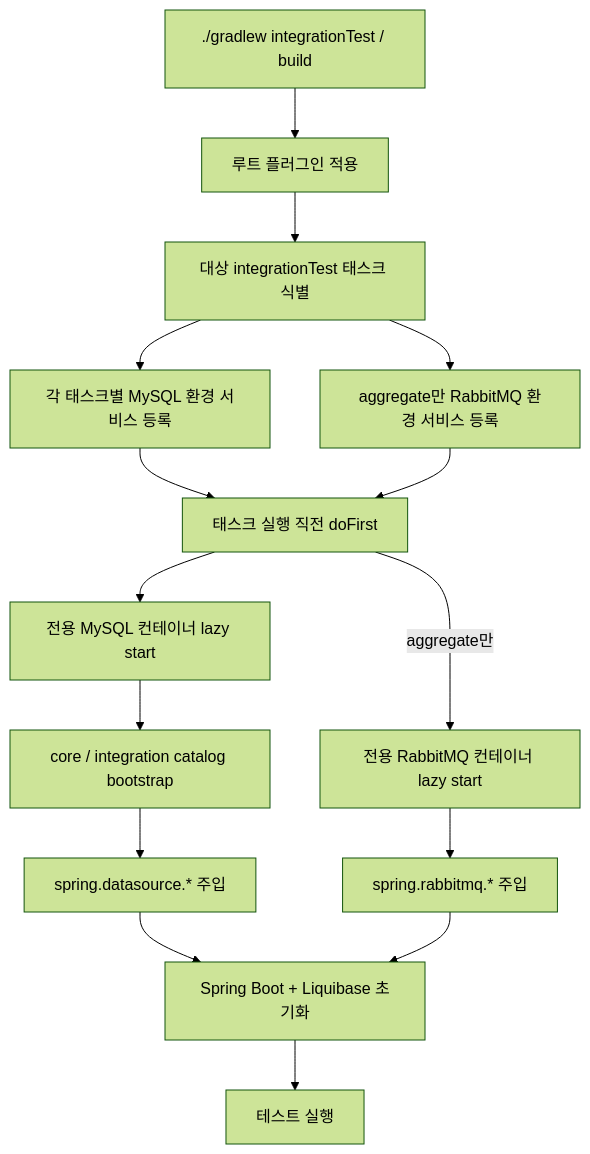
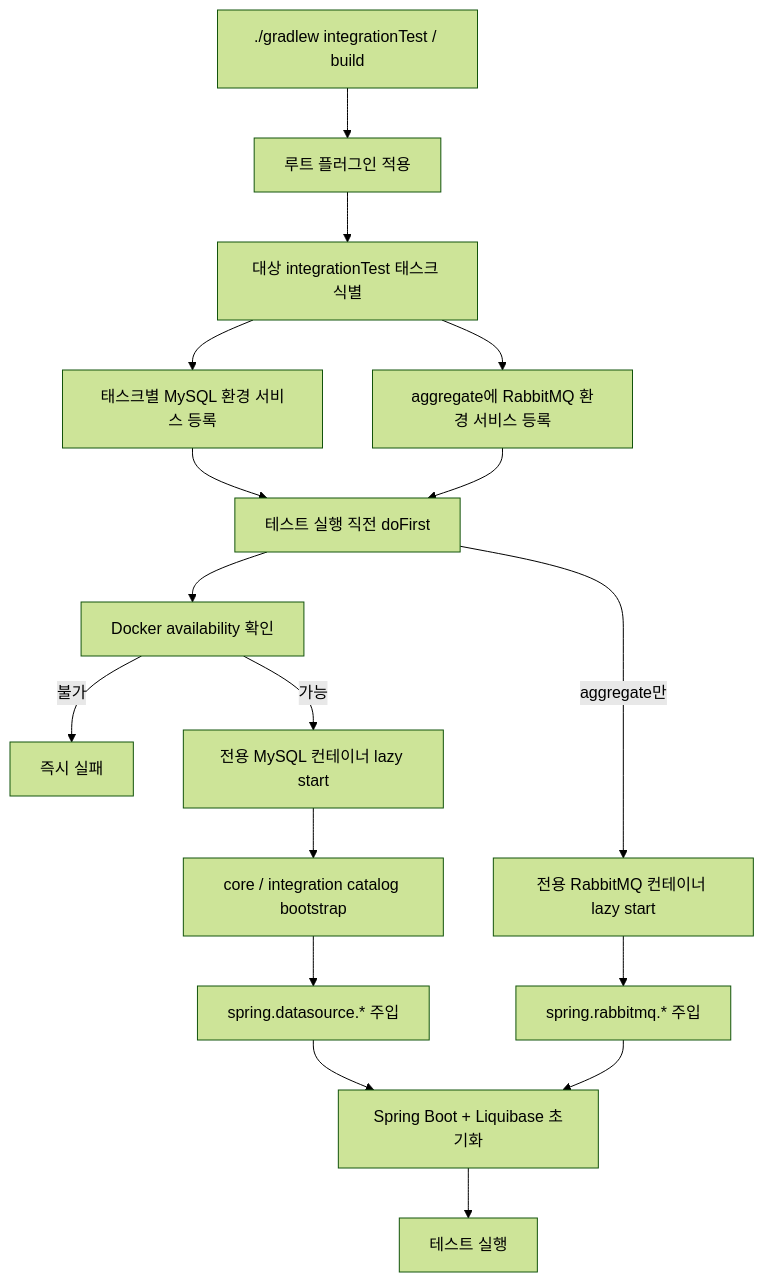
Before and after one commit to YeaChan05/Remittance: the diagram in docs/gradle-build-performance.md, drawn with Mermaid (forest theme). The commit also changed other lines of this file, not shown here.

Commit message:
docs: Gradle 통합 테스트 병렬 실행 전략 업데이트 및 구성 문서 개선

````diff
--- a/docs/gradle-build-performance.md
+++ b/docs/gradle-build-performance.md
@@ -67,17 +68,19 @@
 ```mermaid
 flowchart TD
-    A[./gradlew integrationTest / build] --> B[루트 플러그인 적용]
-    B --> C[대상 integrationTest 태스크 식별]
-    C --> D[각 태스크별 MySQL 환경 서비스 등록]
-    C --> E[aggregate만 RabbitMQ 환경 서비스 등록]
-    D --> F[태스크 실행 직전 doFirst]
+    A["./gradlew integrationTest / build"] --> B["루트 플러그인 적용"]
+    B --> C["대상 integrationTest 태스크 식별"]
+    C --> D["태스크별 MySQL 환경 서비스 등록"]
+    C --> E["aggregate에 RabbitMQ 환경 서비스 등록"]
+    D --> F["테스트 실행 직전 doFirst"]
     E --> F
-    F --> G[전용 MySQL 컨테이너 lazy start]
-    G --> H[core / integration catalog bootstrap]
-    H --> I[spring.datasource.* 주입]
-    F -->|aggregate만| J[전용 RabbitMQ 컨테이너 lazy start]
-    J --> K[spring.rabbitmq.* 주입]
-    I --> L[Spring Boot + Liquibase 초기화]
-    K --> L
-    L --> M[테스트 실행]
+    F --> G["Docker availability 확인"]
+    G -->|불가| H["즉시 실패"]
+    G -->|가능| I["전용 MySQL 컨테이너 lazy start"]
+    I --> J["core / integration catalog bootstrap"]
+    J --> K["spring.datasource.* 주입"]
+    F -->|aggregate만| L["전용 RabbitMQ 컨테이너 lazy start"]
+    L --> M["spring.rabbitmq.* 주입"]
+    K --> N["Spring Boot + Liquibase 초기화"]
+    M --> N
+    N --> O["테스트 실행"]
 ```
````
